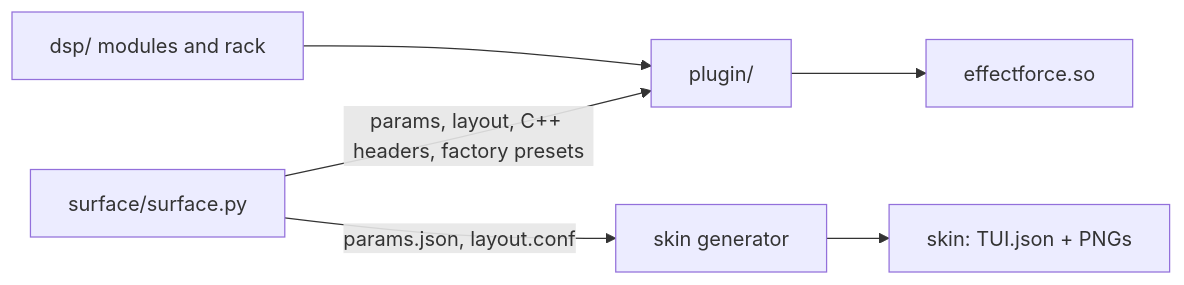
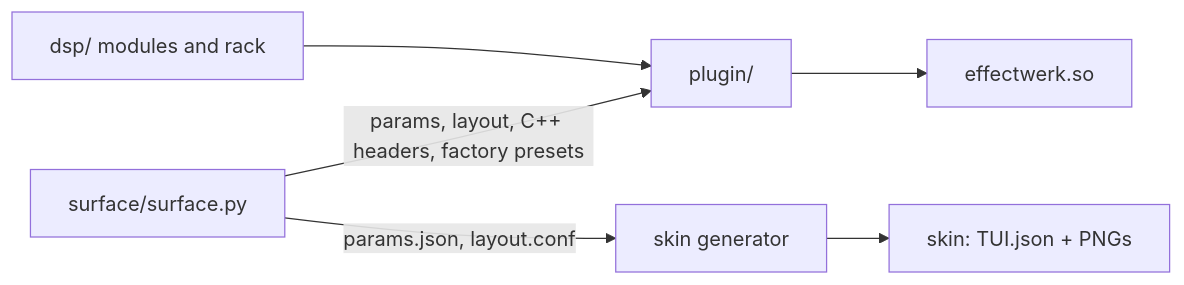
The first of 2 diagrams in docs/ARCHITECTURE.md (Devko/EffectForce), drawn with Mermaid before and after one commit. The commit also changed other lines of this file and 187 other files, not shown here.

````diff
--- a/docs/ARCHITECTURE.md
+++ b/docs/ARCHITECTURE.md
@@ -17,7 +17,7 @@
 ```mermaid
 flowchart LR
   S[surface/surface.py] -->|params, layout, C++ headers, factory presets| P[plugin/]
   S -->|params.json, layout.conf| G[skin generator] --> K[skin: TUI.json + PNGs]
   D[dsp/ modules and rack] --> P
-  P --> SO[effectforce.so]
+  P --> SO[effectwerk.so]
 ```
````
